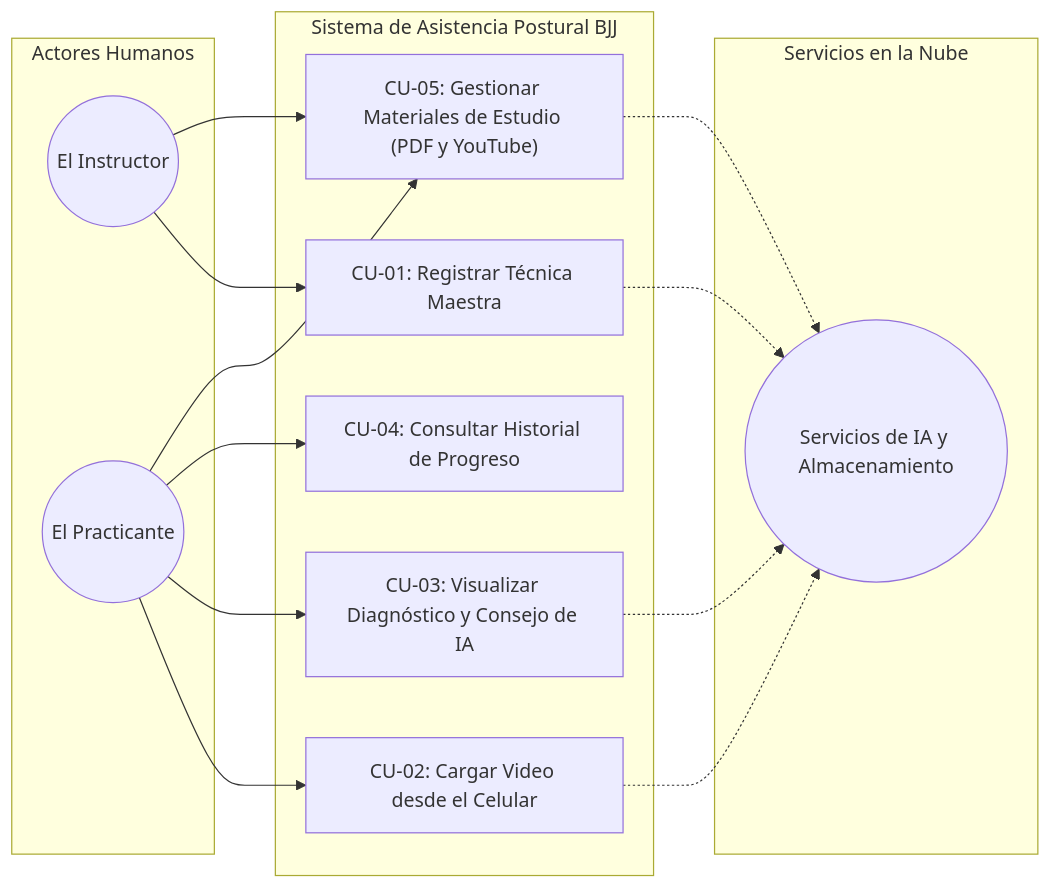
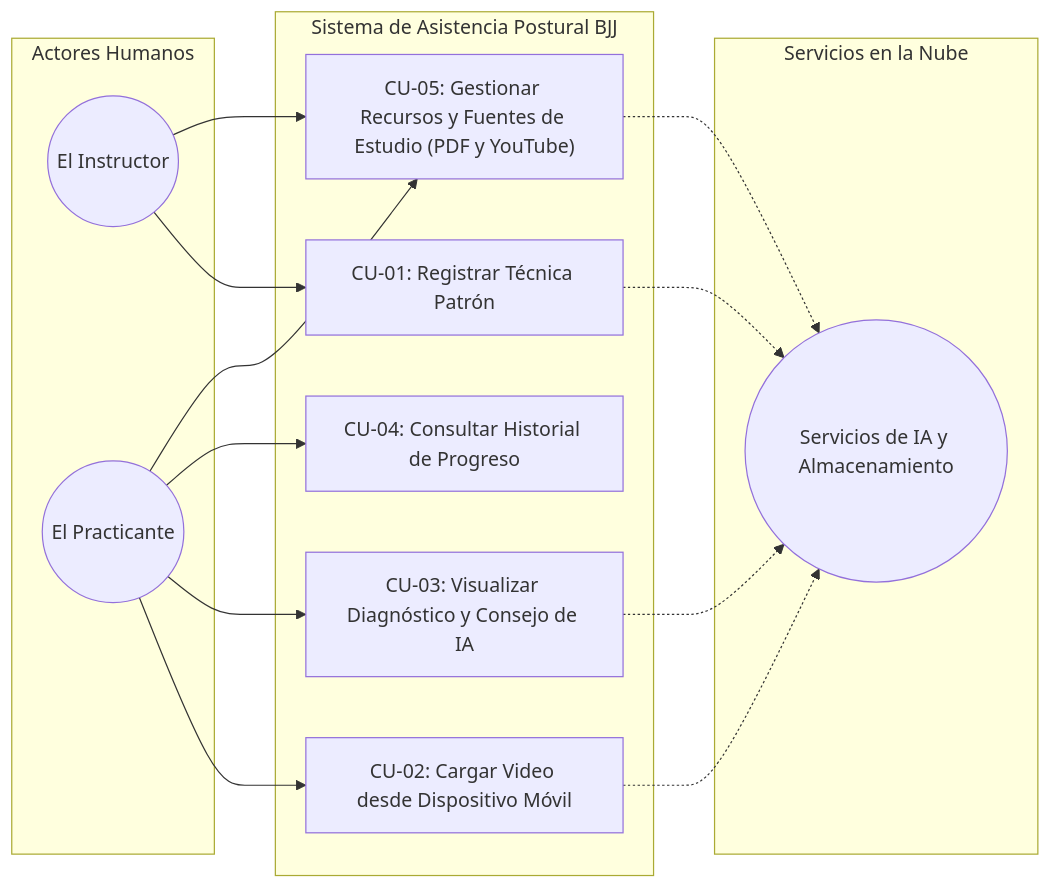
One commit to Tsmrain/JiuJitsu changed the fifth of 6 diagrams in README.md. Above: the diagram before and after it, drawn with Mermaid. The commit also changed other lines of this file, not shown here.

````diff
--- a/README.md
+++ b/README.md
@@ -457,31 +460,31 @@
 ```mermaid
 graph LR
     subgraph Actores_Humanos["Actores Humanos"]
         Instructor(("El Instructor"))
         Practicante(("El Practicante"))
     end
 
     subgraph Sistema["Sistema de Asistencia Postural BJJ"]
-        CU01["CU-01: Registrar Técnica Maestra"]
-        CU02["CU-02: Cargar Video desde el Celular"]
+        CU01["CU-01: Registrar Técnica Patrón"]
+        CU02["CU-02: Cargar Video desde Dispositivo Móvil"]
         CU03["CU-03: Visualizar Diagnóstico y Consejo de IA"]
         CU04["CU-04: Consultar Historial de Progreso"]
-        CU05["CU-05: Gestionar Materiales de Estudio (PDF y YouTube)"]
+        CU05["CU-05: Gestionar Recursos y Fuentes de Estudio (PDF y YouTube)"]
     end
 
     subgraph Nube["Servicios en la Nube"]
         IA(("Servicios de IA y Almacenamiento"))
     end
 
     Instructor --> CU01
     Instructor --> CU05
     Practicante --> CU02
     Practicante --> CU03
     Practicante --> CU04
     Practicante --> CU05
 
     CU01 -.-> IA
     CU02 -.-> IA
     CU03 -.-> IA
     CU05 -.-> IA
 ```
````
